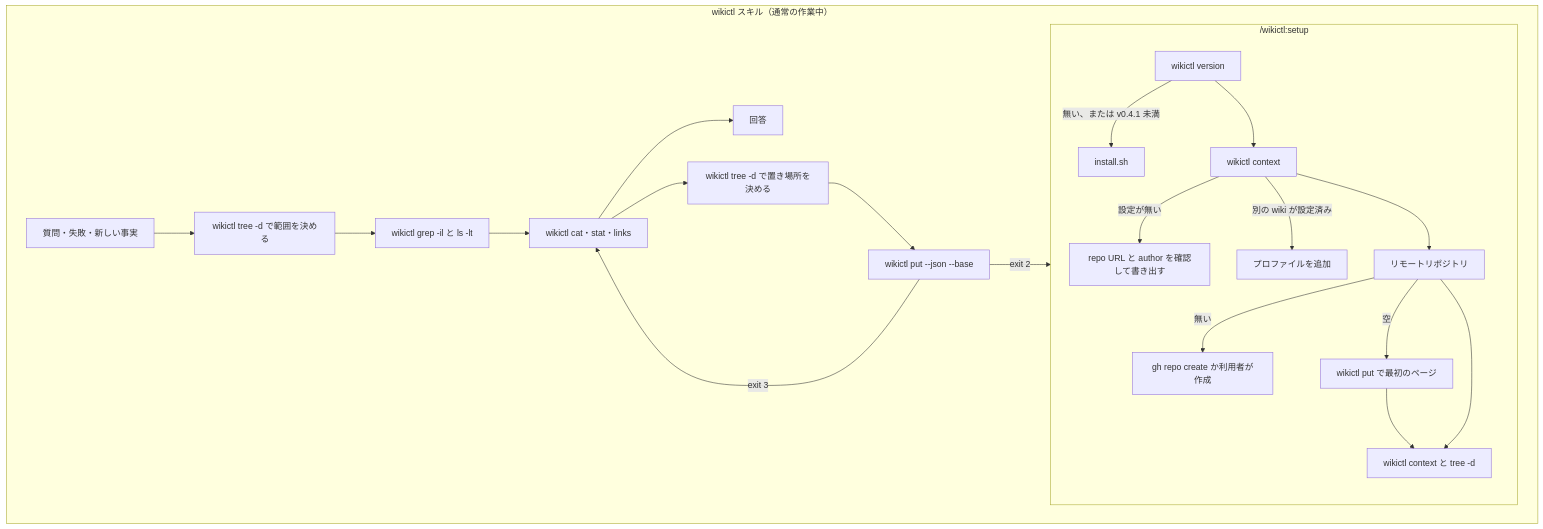
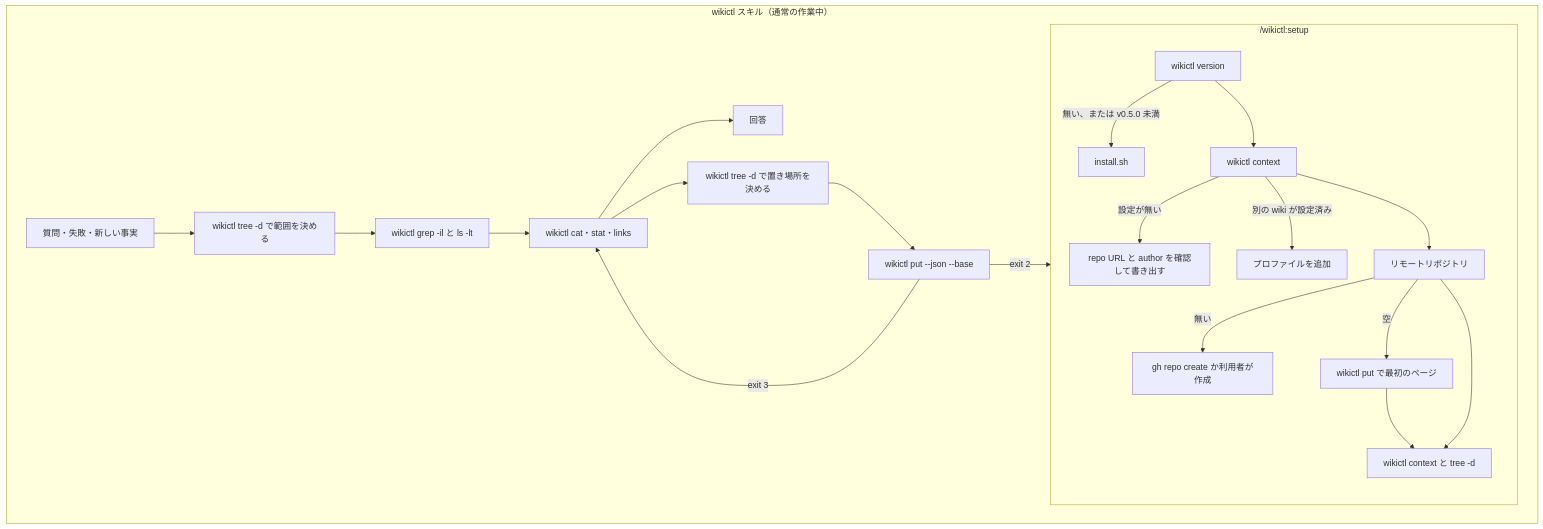
The diagram in README.ja.md (roamer7038/wikictl-claude-plugin), drawn with Mermaid before and after one commit. The commit also changed other lines of this file and 4 other files, not shown here.

````diff
--- a/README.ja.md
+++ b/README.ja.md
@@ -31,21 +31,21 @@
 ```mermaid
 flowchart TD
     subgraph setup["/wikictl:setup"]
-        S1[wikictl version] -->|無い、または v0.4.1 未満| S1a[install.sh]
+        S1[wikictl version] -->|無い、または v0.5.0 未満| S1a[install.sh]
         S1 --> S2[wikictl context] -->|設定が無い| S2a[repo URL と author を確認して書き出す]
         S2 -->|別の wiki が設定済み| S2b[プロファイルを追加]
         S2 --> S3[リモートリポジトリ] -->|無い| S3a[gh repo create か利用者が作成]
         S3 -->|空| S4[wikictl put で最初のページ] --> S5[wikictl context と tree -d]
         S3 --> S5
     end
     subgraph use["wikictl スキル（通常の作業中）"]
         U1[質問・失敗・新しい事実] --> U2[wikictl tree -d で範囲を決める]
         U2 --> U3[wikictl grep -il と ls -lt]
         U3 --> U4[wikictl cat・stat・links]
         U4 --> U5[回答]
         U4 --> U6[wikictl tree -d で置き場所を決める]
         U6 --> U7[wikictl put --json --base]
         U7 -->|exit 3| U4
         U7 -->|exit 2| setup
     end
 ```
````
